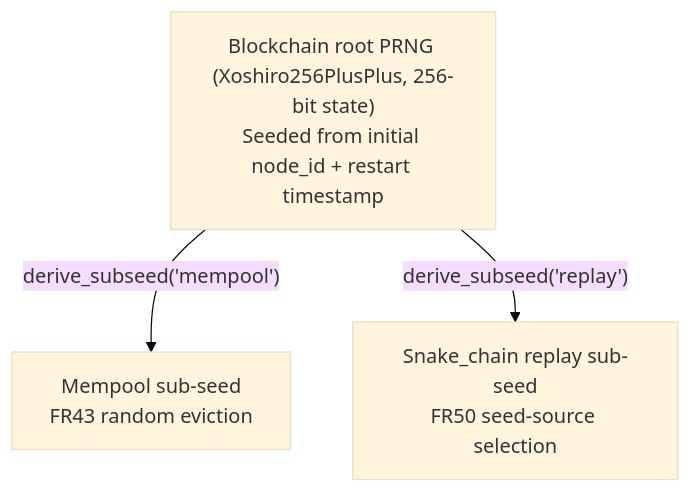
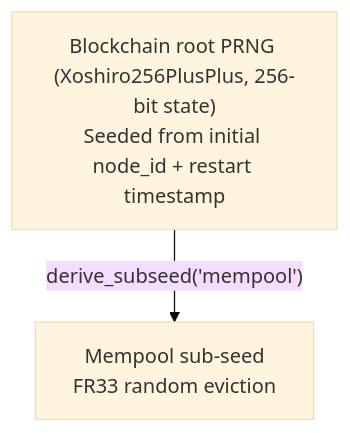
One commit to petersallai/moonblokz-info changed the second of 3 diagrams in moonblokz-blockchain-architecture.md. Above: the diagram before and after it, drawn with Mermaid (base theme). The commit also changed other lines of this file and 11 other files, not shown here.

````diff
--- a/moonblokz-blockchain-architecture.md
+++ b/moonblokz-blockchain-architecture.md
@@ -186,9 +186,7 @@
 ```mermaid
 graph TB
     Root["Blockchain root PRNG (Xoshiro256PlusPlus, 256-bit state)<br/>Seeded from initial node_id + restart timestamp"]
-    Mempool["Mempool sub-seed<br/>FR43 random eviction"]
-    Replay["Snake_chain replay sub-seed<br/>FR50 seed-source selection"]
+    Mempool["Mempool sub-seed<br/>FR33 random eviction"]
 
     Root -->|"derive_subseed('mempool')"| Mempool
-    Root -->|"derive_subseed('replay')"| Replay
 ```
````
